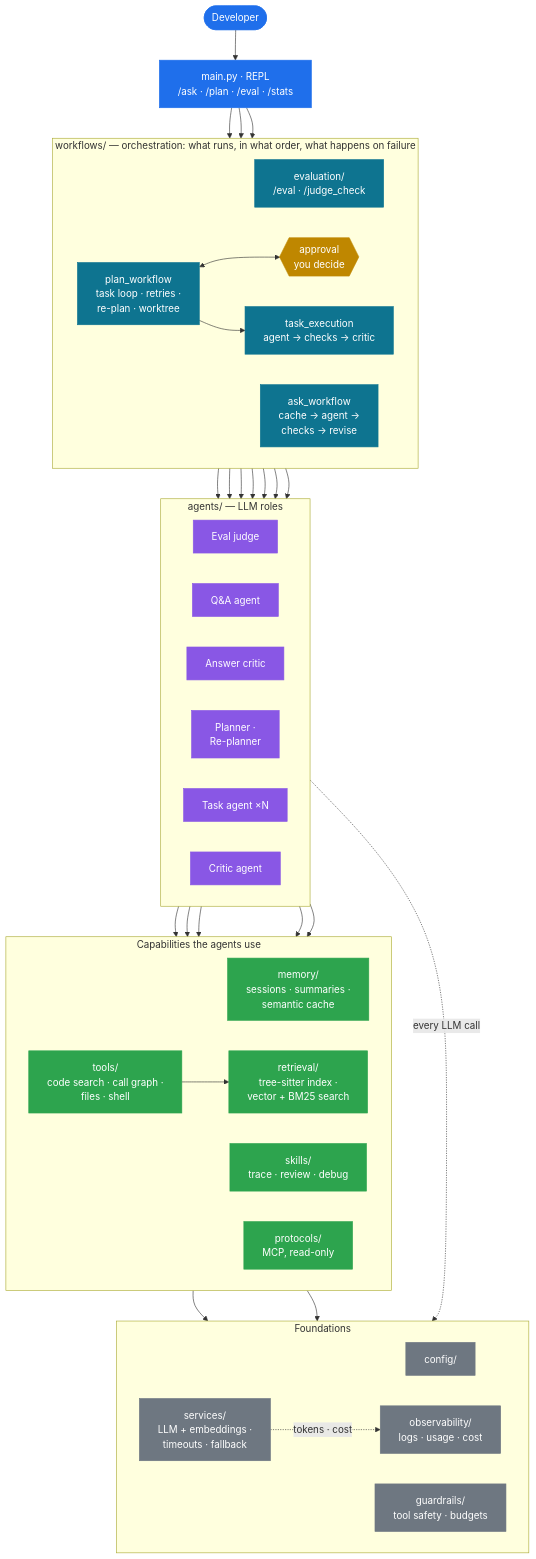
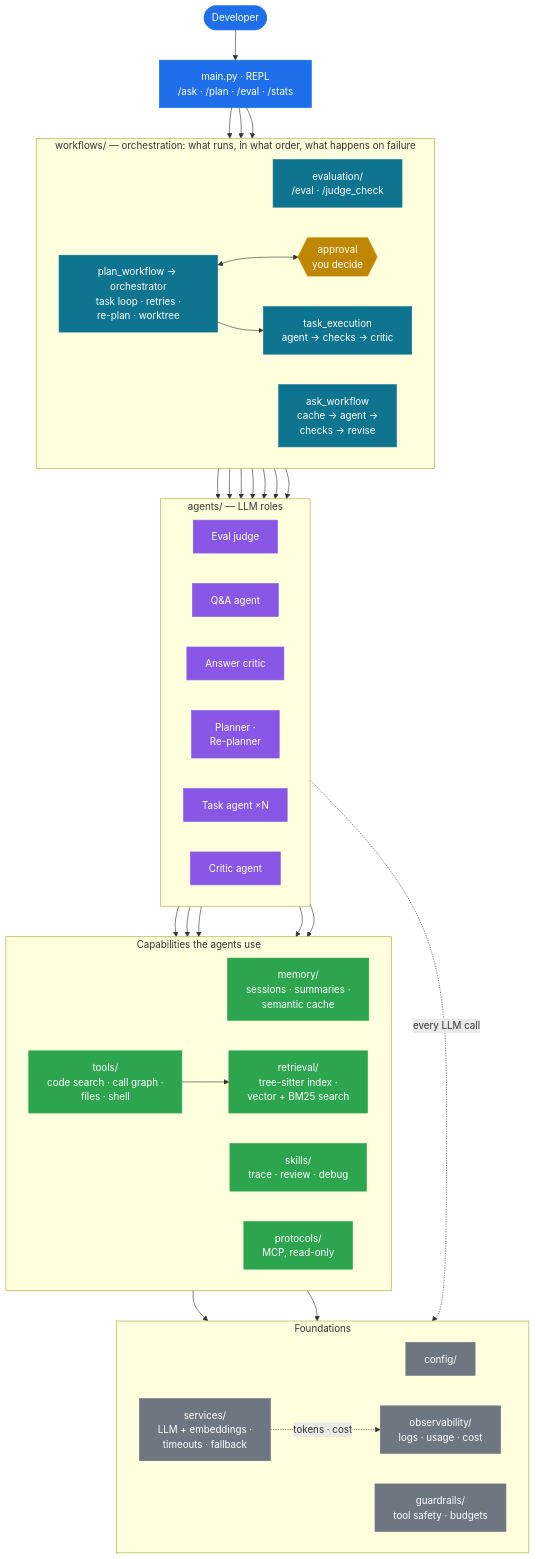
One commit to Parth-Babariya/RepoPilot changed the first of 10 diagrams in README.md. Above: the diagram before and after it, drawn with Mermaid. The commit also changed other lines of this file and 5 other files, not shown here.

First line of the commit message:
Move the /plan task loop into workflows/orchestrator.py

````diff
--- a/README.md
+++ b/README.md
@@ -66,77 +66,77 @@
 ```mermaid
 flowchart TB
     dev(["Developer"]) --> repl["main.py · REPL<br/>/ask · /plan · /eval · /stats"]
 
     subgraph WF["workflows/ — orchestration: what runs, in what order, what happens on failure"]
         direction LR
         evalwf["evaluation/<br/>/eval · /judge_check"]
         askwf["ask_workflow<br/>cache → agent →<br/>checks → revise"]
-        planwf["plan_workflow<br/>task loop · retries ·<br/>re-plan · worktree"]
+        planwf["plan_workflow → orchestrator<br/>task loop · retries ·<br/>re-plan · worktree"]
         hitl{{"approval<br/>you decide"}}
         exec["task_execution<br/>agent → checks → critic"]
     end
 
     subgraph AG["agents/ — LLM roles"]
         direction LR
         ejudge["Eval judge"]
         qa["Q&A agent"]
         acritic["Answer critic"]
         planner["Planner ·<br/>Re-planner"]
         task["Task agent ×N"]
         critic["Critic agent"]
     end
 
     subgraph CAP["Capabilities the agents use"]
         direction LR
         mem["memory/<br/>sessions · summaries ·<br/>semantic cache"]
         skills["skills/<br/>trace · review · debug"]
         proto["protocols/<br/>MCP, read-only"]
         tools["tools/<br/>code search · call graph ·<br/>files · shell"]
         retr["retrieval/<br/>tree-sitter index ·<br/>vector + BM25 search"]
     end
 
     subgraph FND["Foundations"]
         direction LR
         cfg["config/"]
         svc["services/<br/>LLM + embeddings ·<br/>timeouts · fallback"]
         obs["observability/<br/>logs · usage · cost"]
         guard["guardrails/<br/>tool safety · budgets"]
     end
 
     repl --> askwf
     repl --> planwf
     repl --> evalwf
     askwf --> qa
     askwf --> acritic
     planwf --> planner
     planwf <--> hitl
     planwf --> exec
     exec --> task
     exec --> critic
     evalwf --> qa
     evalwf --> ejudge
 
     qa --> tools
     qa --> mem
     qa --> skills
     qa --> proto
     task --> tools
     tools --> retr
     tools --> guard
     proto --> guard
     AG -. "every LLM call" .-> svc
     svc -. "tokens · cost" .-> obs
 
     classDef entry fill:#1f6feb,stroke:#1f6feb,color:#fff
     classDef flow fill:#0e7490,stroke:#0e7490,color:#fff
     classDef agent fill:#8957e5,stroke:#8957e5,color:#fff
     classDef cap fill:#2da44e,stroke:#2da44e,color:#fff
     classDef base fill:#6e7781,stroke:#6e7781,color:#fff
     classDef human fill:#bf8700,stroke:#bf8700,color:#fff
     class dev,repl entry
     class askwf,planwf,exec,evalwf flow
     class qa,acritic,planner,task,critic,ejudge agent
     class tools,retr,mem,skills,proto cap
     class guard,svc,obs,cfg base
     class hitl human
 ```
````
